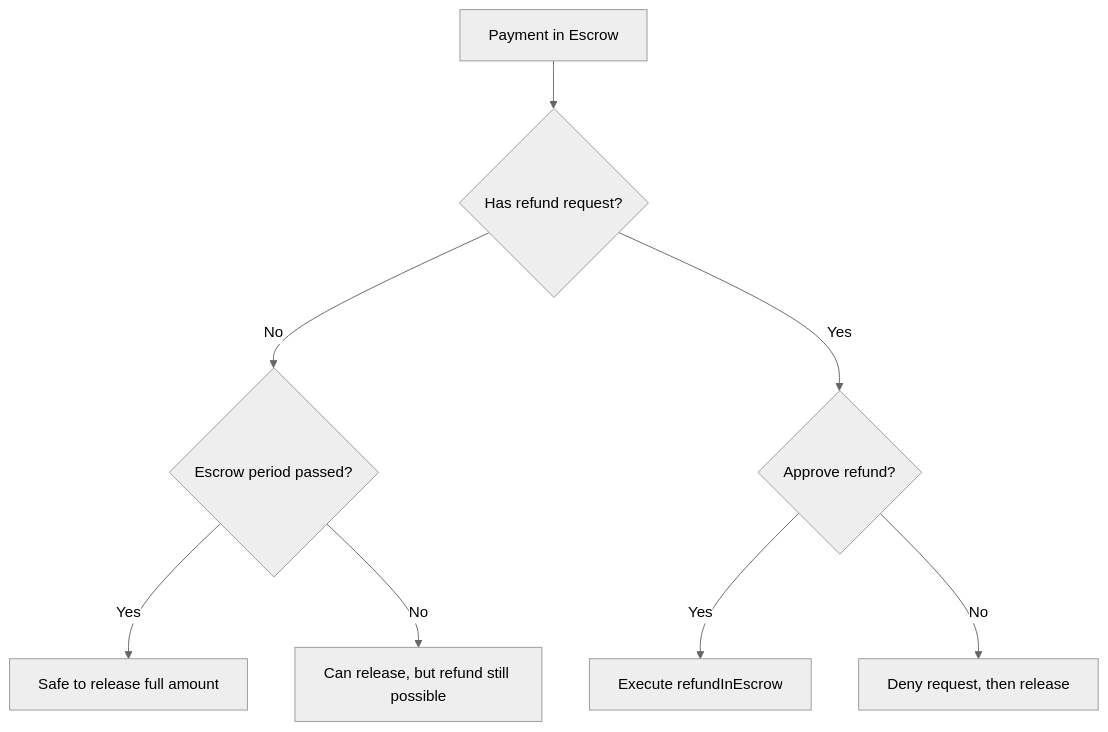
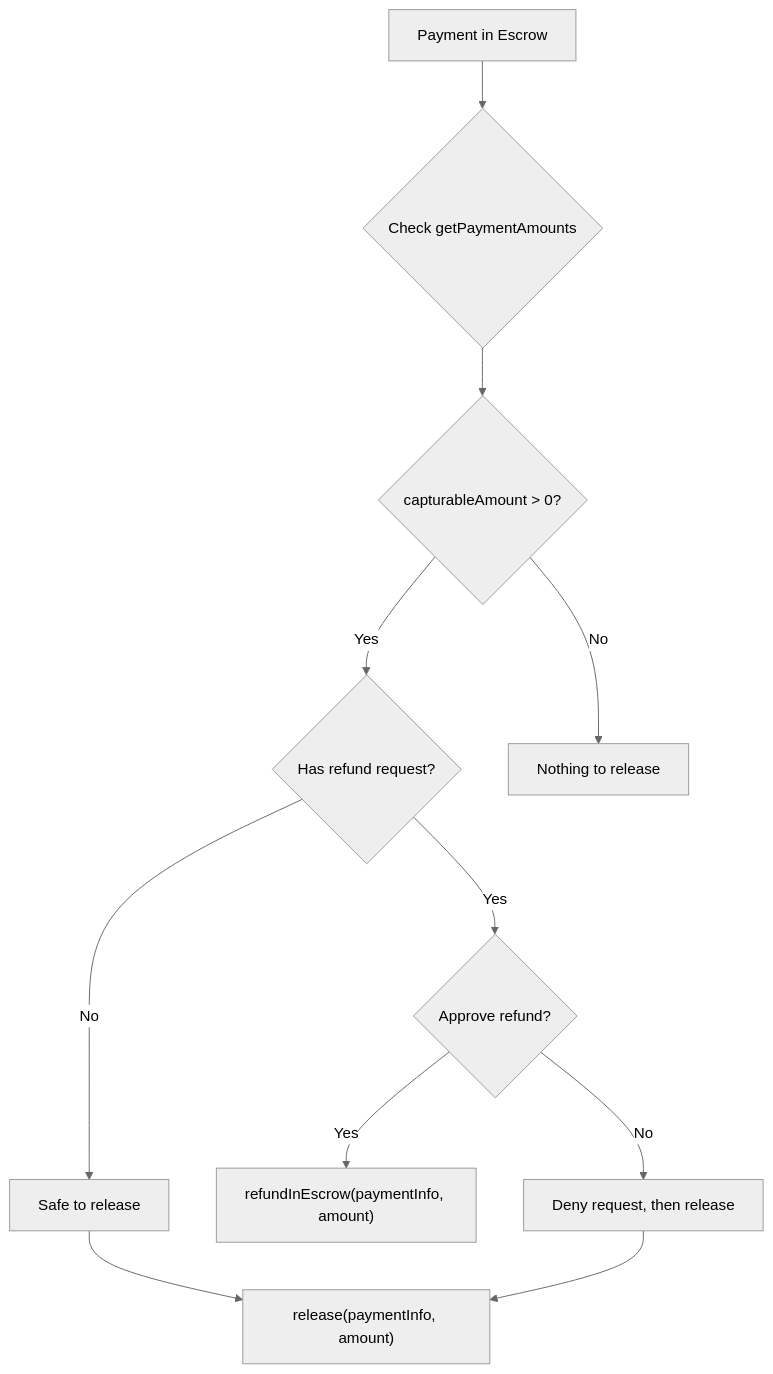
The diagram in sdk/merchant/payment-operations.mdx (BackTrackCo/docs), drawn with Mermaid (neutral theme) before and after one commit. The commit also changed other lines of this file and 34 other files, not shown here.

````diff
--- a/sdk/merchant/payment-operations.mdx
+++ b/sdk/merchant/payment-operations.mdx
@@ -134,10 +229,13 @@
 ```mermaid
 flowchart TD
-    A[Payment in Escrow] --> B{Has refund request?}
-    B -->|No| C{Escrow period passed?}
-    B -->|Yes| D{Approve refund?}
-    C -->|Yes| E[Safe to release full amount]
-    C -->|No| F[Can release, but refund still possible]
-    D -->|Yes| G[Execute refundInEscrow]
-    D -->|No| H[Deny request, then release]
+    A[Payment in Escrow] --> B{Check getPaymentAmounts}
+    B --> C{capturableAmount > 0?}
+    C -->|Yes| D{Has refund request?}
+    C -->|No| E[Nothing to release]
+    D -->|No| F[Safe to release]
+    D -->|Yes| G{Approve refund?}
+    F --> H["release(paymentInfo, amount)"]
+    G -->|Yes| I["refundInEscrow(paymentInfo, amount)"]
+    G -->|No| J[Deny request, then release]
+    J --> H
 ```
````
